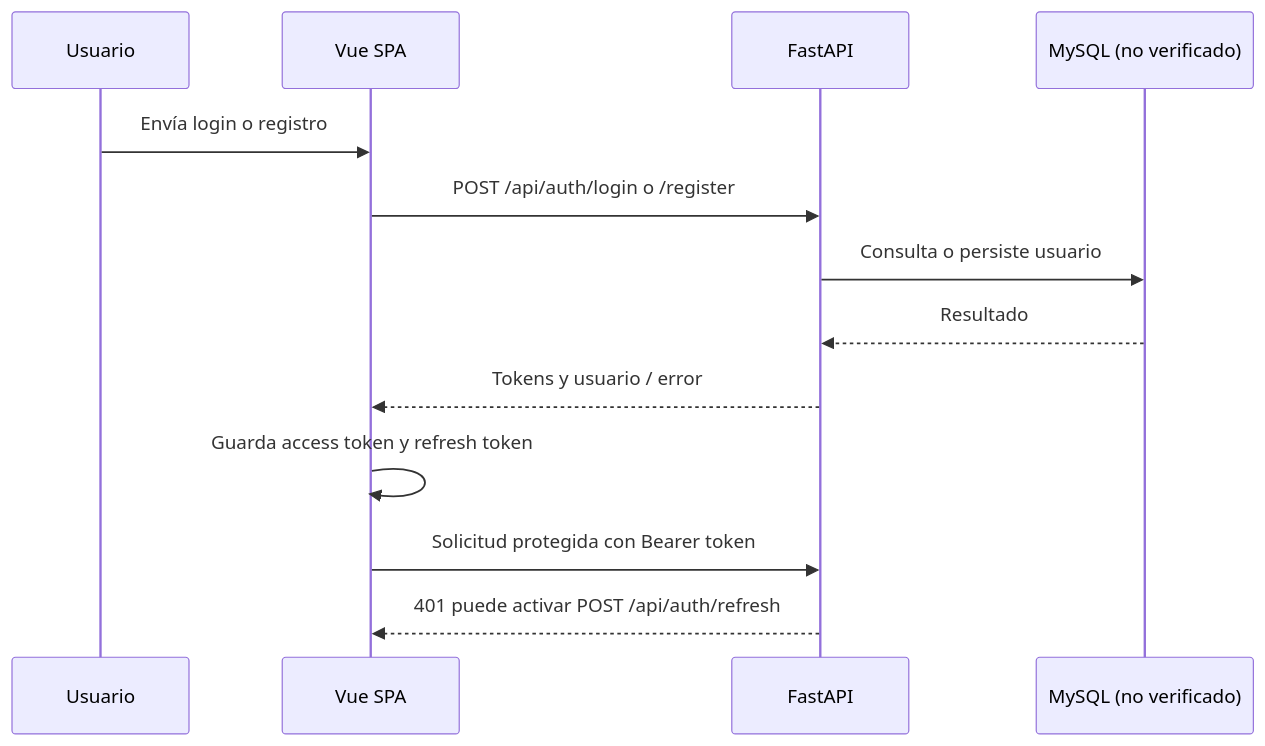
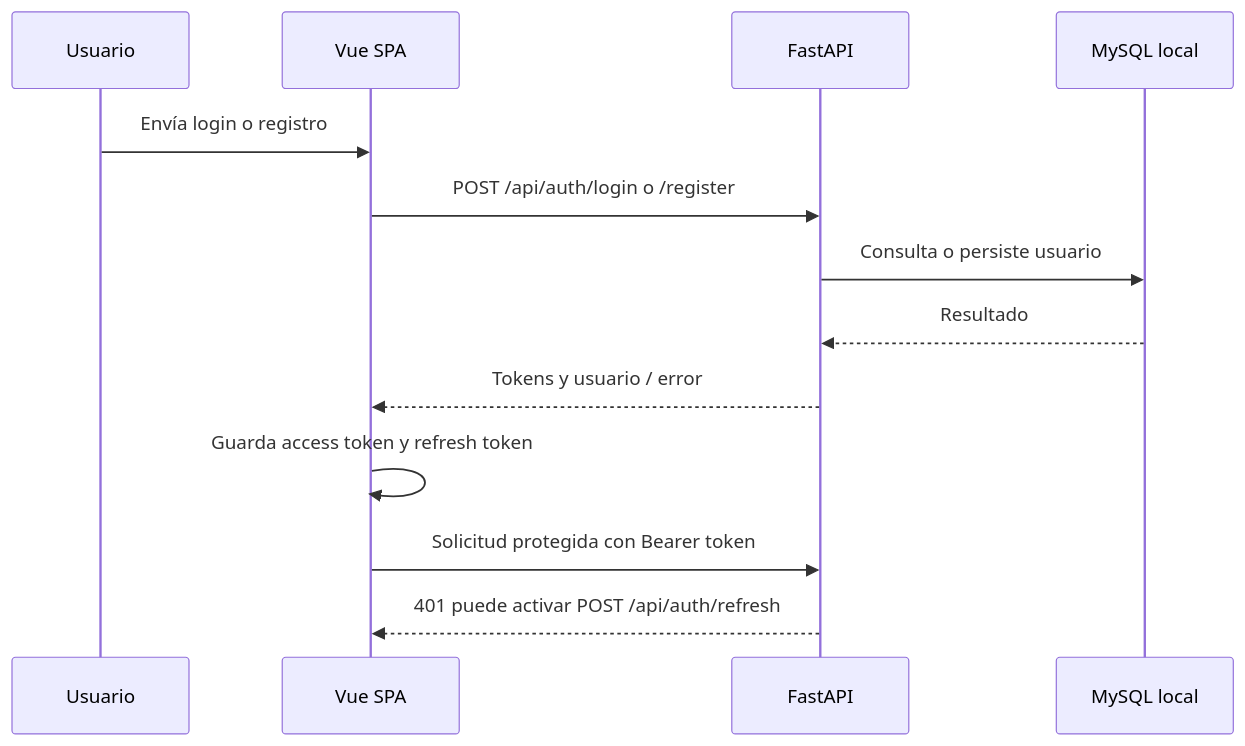
The diagram in analisis/diagramas/flujo_autenticacion.mmd (fatimag-byte/TallerMecanico), drawn with Mermaid before and after one commit. The commit also changed 76 other files, not shown here.

```diff
--- a/analisis/diagramas/flujo_autenticacion.mmd
+++ b/analisis/diagramas/flujo_autenticacion.mmd
@@ -1,13 +1,13 @@
 sequenceDiagram
   participant U as Usuario
   participant SPA as Vue SPA
   participant API as FastAPI
-  participant DB as MySQL (no verificado)
+  participant DB as MySQL local
   U->>SPA: Envía login o registro
   SPA->>API: POST /api/auth/login o /register
   API->>DB: Consulta o persiste usuario
   DB-->>API: Resultado
   API-->>SPA: Tokens y usuario / error
   SPA->>SPA: Guarda access token y refresh token
   SPA->>API: Solicitud protegida con Bearer token
   API-->>SPA: 401 puede activar POST /api/auth/refresh
```
